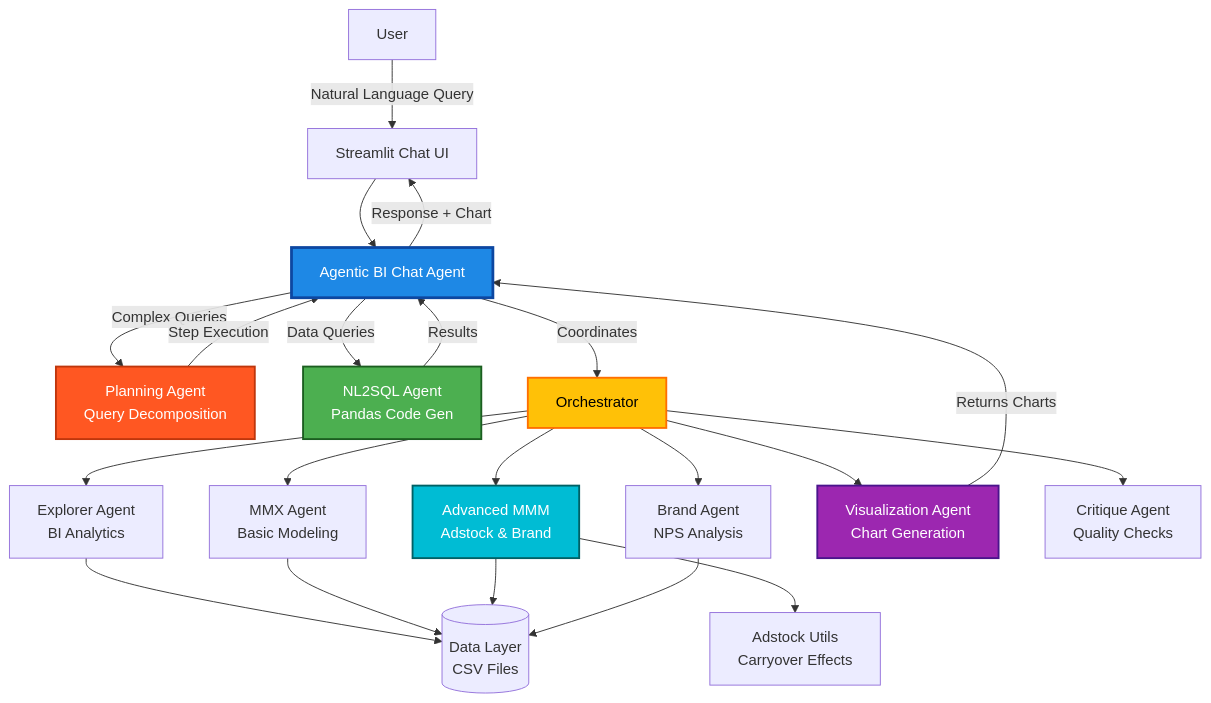
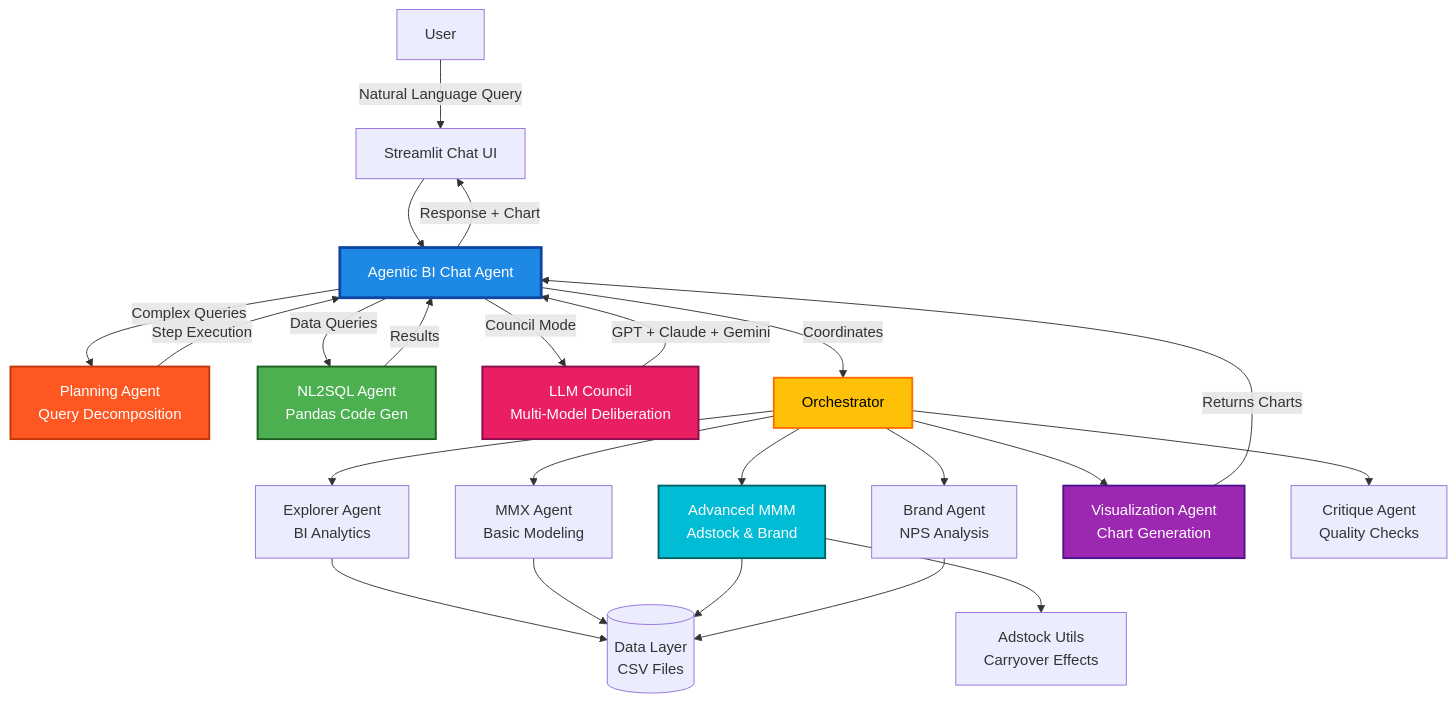
The diagram in README.md (AvirupRoy2195/MMX_Agent), drawn with Mermaid before and after one commit. The commit also changed other lines of this file, not shown here.

Commit message:
Add comprehensive LLM Council documentation to README

````diff
--- a/README.md
+++ b/README.md
@@ -40,36 +56,40 @@
 ```mermaid
 graph TB
     User[User] -->|Natural Language Query| UI[Streamlit Chat UI]
     UI --> AgenticChat[Agentic BI Chat Agent]
     
     AgenticChat -->|Complex Queries| Planner[Planning Agent<br/>Query Decomposition]
     AgenticChat -->|Data Queries| NL2SQL[NL2SQL Agent<br/>Pandas Code Gen]
+    AgenticChat -->|Council Mode| Council[LLM Council<br/>Multi-Model Deliberation]
     AgenticChat -->|Coordinates| Orch[Orchestrator]
+    
+    Council -->|GPT + Claude + Gemini| AgenticChat
     
     Planner -->|Step Execution| AgenticChat
     NL2SQL -->|Results| AgenticChat
     
     Orch --> Explorer[Explorer Agent<br/>BI Analytics]
     Orch --> MMX[MMX Agent<br/>Basic Modeling]
     Orch --> AdvMMM[Advanced MMM<br/>Adstock & Brand]
     Orch --> Brand[Brand Agent<br/>NPS Analysis]
     Orch --> Viz[Visualization Agent<br/>Chart Generation]
     Orch --> Critique[Critique Agent<br/>Quality Checks]
     
     Explorer --> Data[(Data Layer<br/>CSV Files)]
     MMX --> Data
     AdvMMM --> Data
     Brand --> Data
     
     AdvMMM --> Adstock[Adstock Utils<br/>Carryover Effects]
     
     Viz -->|Returns Charts| AgenticChat
     AgenticChat -->|Response + Chart| UI
     
     style AgenticChat fill:#1e88e5,stroke:#0d47a1,stroke-width:3px,color:#fff
     style Planner fill:#ff5722,stroke:#bf360c,stroke-width:2px,color:#fff
     style NL2SQL fill:#4caf50,stroke:#1b5e20,stroke-width:2px,color:#fff
+    style Council fill:#e91e63,stroke:#880e4f,stroke-width:2px,color:#fff
     style Orch fill:#ffc107,stroke:#ff6f00,stroke-width:2px,color:#000
     style AdvMMM fill:#00bcd4,stroke:#006064,stroke-width:2px,color:#fff
     style Viz fill:#9c27b0,stroke:#4a148c,stroke-width:2px,color:#fff
 ```
````
